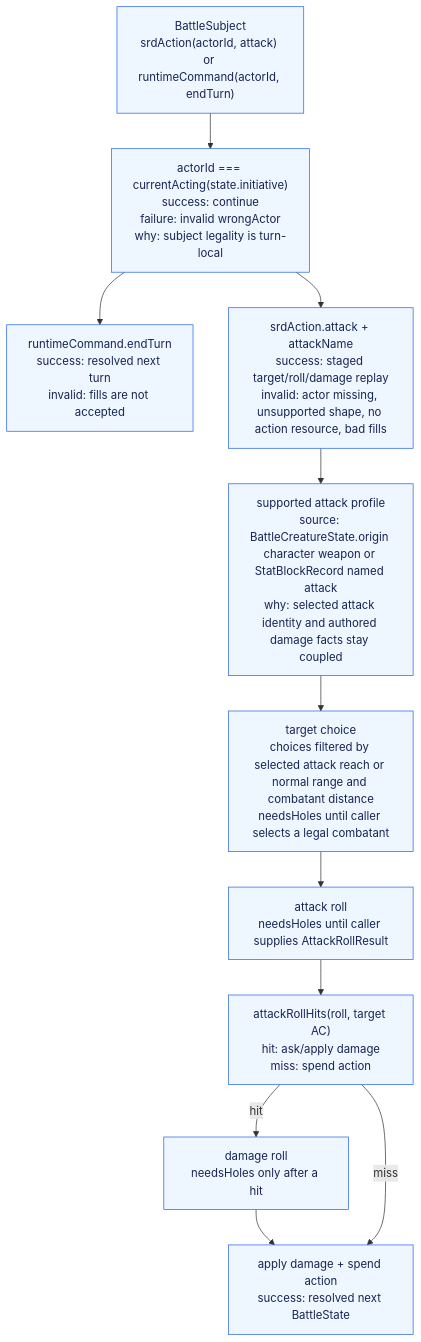
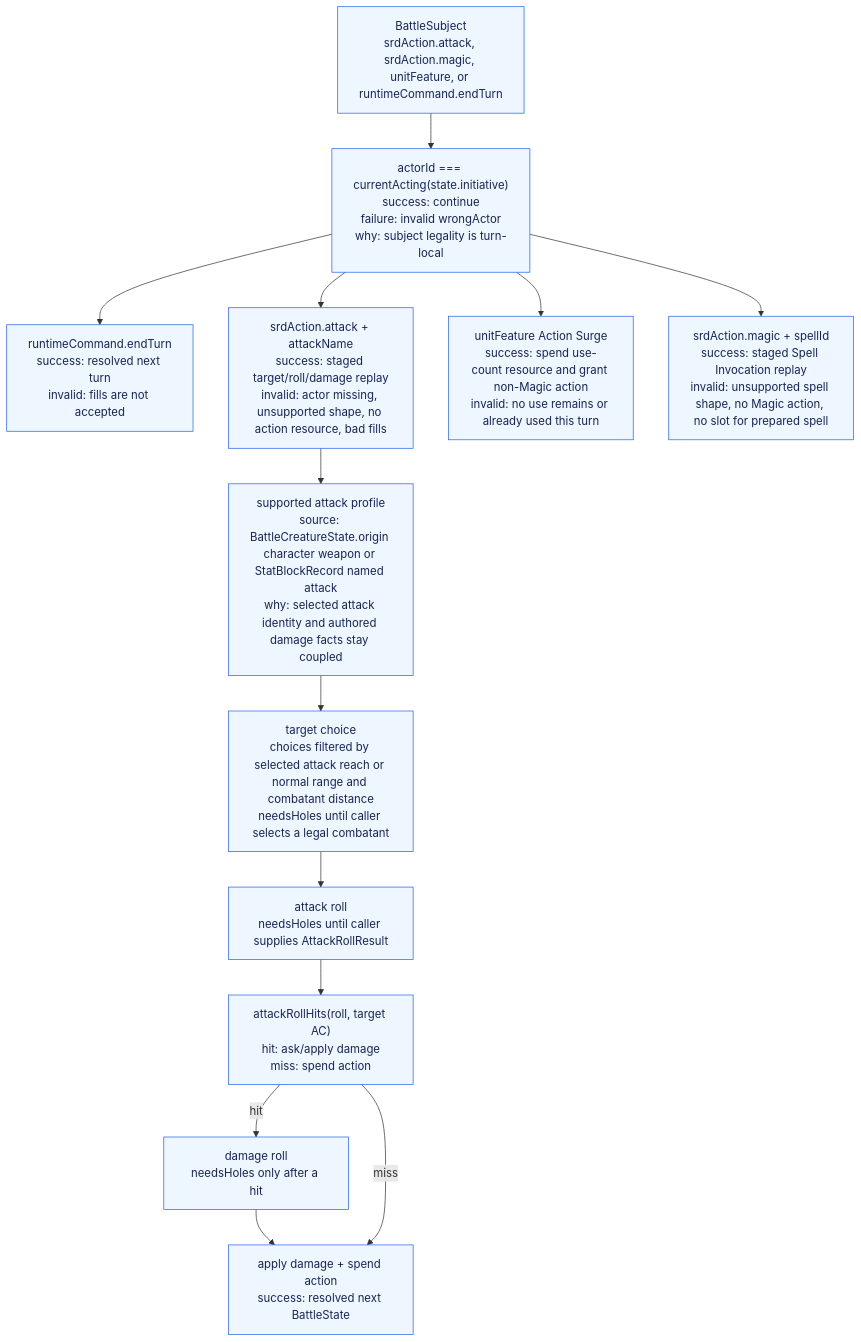
The second of 2 diagrams in packages/battle-runtime/ARCHITECTURE_GRAPH.md (dearlordylord/5e-quint), drawn with Mermaid before and after one commit. The commit also changed other lines of this file and 8 other files, not shown here.

Commit message:
Widen battle runtime first slice

````diff
--- a/packages/battle-runtime/ARCHITECTURE_GRAPH.md
+++ b/packages/battle-runtime/ARCHITECTURE_GRAPH.md
@@ -61,22 +65,26 @@
 ```mermaid
 flowchart TD
-  Subject["BattleSubject<br/>srdAction(actorId, attack) or runtimeCommand(actorId, endTurn)"]
+  Subject["BattleSubject<br/>srdAction.attack, srdAction.magic, unitFeature, or runtimeCommand.endTurn"]
   CurrentActor["actorId === currentActing(state.initiative)<br/>success: continue<br/>failure: invalid wrongActor<br/>why: subject legality is turn-local"]
   EndTurn["runtimeCommand.endTurn<br/>success: resolved next turn<br/>invalid: fills are not accepted"]
   Attack["srdAction.attack + attackName<br/>success: staged target/roll/damage replay<br/>invalid: actor missing, unsupported shape, no action resource, bad fills"]
+  UnitFeature["unitFeature Action Surge<br/>success: spend use-count resource and grant non-Magic action<br/>invalid: no use remains or already used this turn"]
+  Magic["srdAction.magic + spellId<br/>success: staged Spell Invocation replay<br/>invalid: unsupported spell shape, no Magic action, no slot for prepared spell"]
   AttackProfile["supported attack profile<br/>source: BattleCreatureState.origin character weapon or StatBlockRecord named attack<br/>why: selected attack identity and authored damage facts stay coupled"]
   Target["target choice<br/>choices filtered by selected attack reach or normal range and combatant distance<br/>needsHoles until caller selects a legal combatant"]
   Roll["attack roll<br/>needsHoles until caller supplies AttackRollResult"]
   HitCheck["attackRollHits(roll, target AC)<br/>hit: ask/apply damage<br/>miss: spend action"]
   DamageHole["damage roll<br/>needsHoles only after a hit"]
   Apply["apply damage + spend action<br/>success: resolved next BattleState"]
 
   Subject --> CurrentActor
   CurrentActor --> EndTurn
   CurrentActor --> Attack --> AttackProfile --> Target --> Roll --> HitCheck
+  CurrentActor --> UnitFeature
+  CurrentActor --> Magic
   HitCheck -->|hit| DamageHole --> Apply
   HitCheck -->|miss| Apply
 
   classDef implemented fill:#eef6ff,stroke:#2563eb,color:#172554;
-  class Subject,CurrentActor,EndTurn,Attack,AttackProfile,Target,Roll,HitCheck,DamageHole,Apply implemented;
+  class Subject,CurrentActor,EndTurn,Attack,UnitFeature,Magic,AttackProfile,Target,Roll,HitCheck,DamageHole,Apply implemented;
 ```
````
